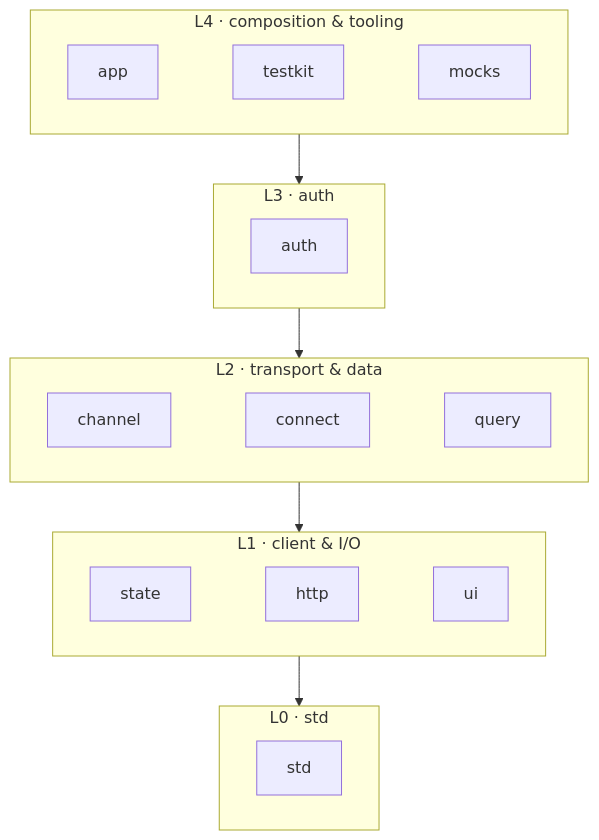
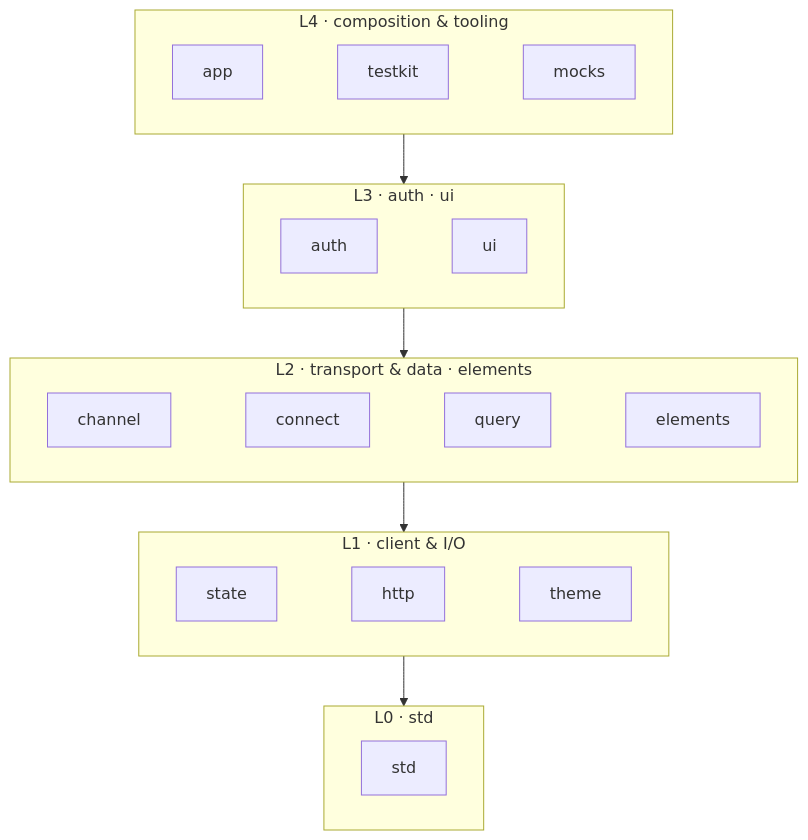
One commit to kbukum/plainworks changed the diagram in README.md. Above: the diagram before and after it, drawn with Mermaid. The commit also changed other lines of this file and 207 other files, not shown here.

Commit message:
feat(ui): extract theme substrate and CLI-owned elements atoms (#19)

````diff
--- a/README.md
+++ b/README.md
@@ -22,19 +22,19 @@
 ```mermaid
 flowchart TD
   subgraph L4["L4 · composition & tooling"]
     app[app] ~~~ testkit[testkit] ~~~ mocks[mocks]
   end
-  subgraph L3["L3 · auth"]
-    auth[auth]
+  subgraph L3["L3 · auth · ui"]
+    auth[auth] ~~~ ui[ui]
   end
-  subgraph L2["L2 · transport & data"]
-    channel[channel] ~~~ connect[connect] ~~~ query[query]
+  subgraph L2["L2 · transport & data · elements"]
+    channel[channel] ~~~ connect[connect] ~~~ query[query] ~~~ elements[elements]
   end
   subgraph L1["L1 · client & I/O"]
-    state[state] ~~~ http[http] ~~~ ui[ui]
+    state[state] ~~~ http[http] ~~~ theme[theme]
   end
   subgraph L0["L0 · std"]
     std[std]
   end
   L4 --> L3 --> L2 --> L1 --> L0
 ```
````
